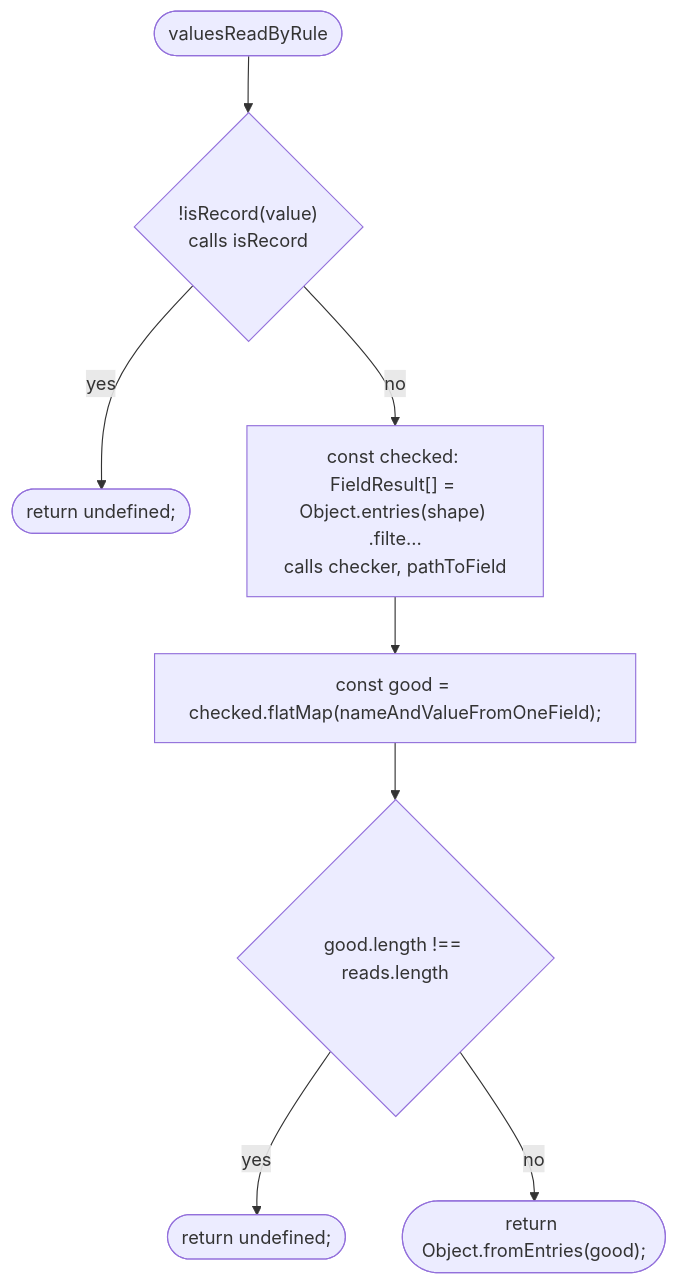
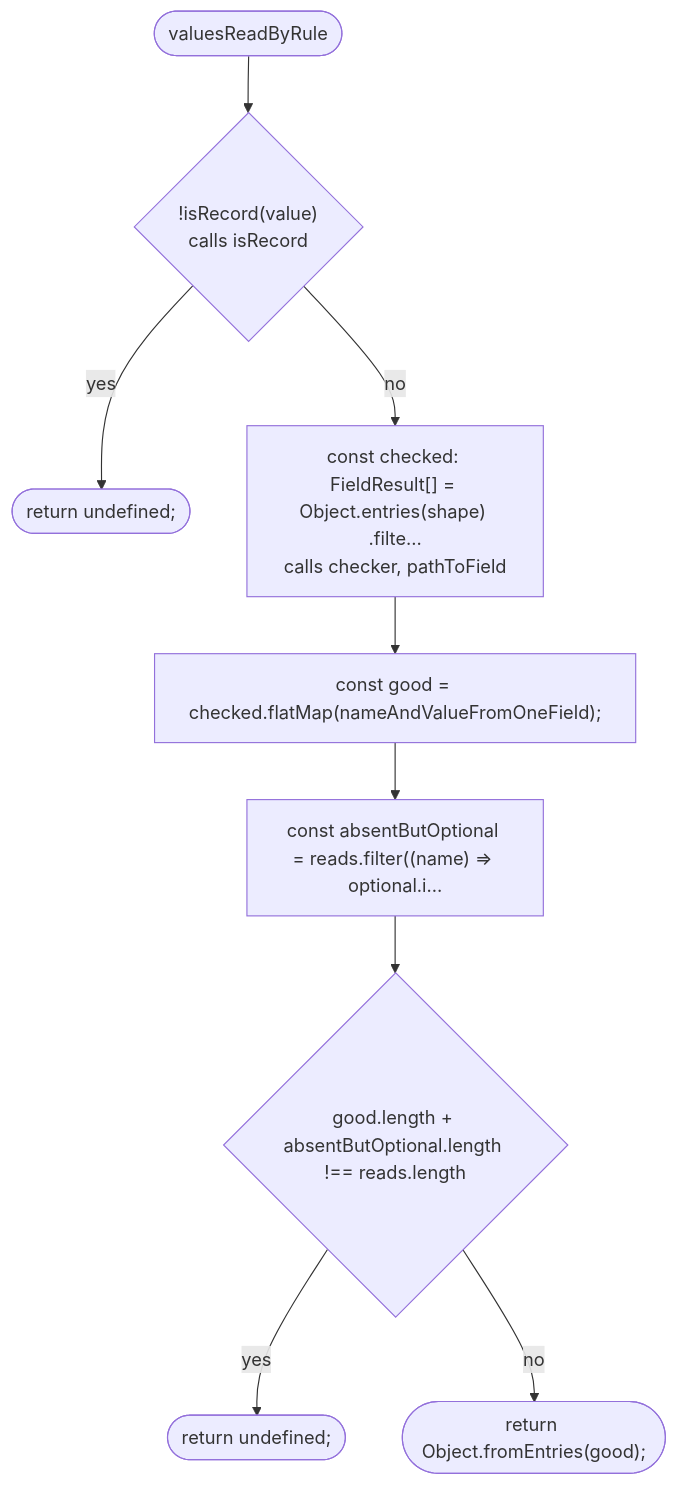
Diagram 43 of 48 in docs/flows/src/place/parse.md (NewDara-Star/world-engine), drawn with Mermaid before and after one commit. The commit also changed other lines of this file and 87 other files, not shown here.

````diff
--- a/docs/flows/src/place/parse.md
+++ b/docs/flows/src/place/parse.md
@@ -572,18 +660,20 @@
 ```mermaid
 flowchart TD
   n1(["valuesReadByRule"])
   n2{"!isRecord(value)<br/>calls isRecord"}
   n3(["return undefined;"])
   n4["const checked: FieldResult[] = Object.entries(shape) .filte…<br/>calls checker, pathToField"]
   n5["const good = checked.flatMap(nameAndValueFromOneField);"]
-  n6{"good.length !== reads.length"}
-  n7(["return undefined;"])
-  n8(["return Object.fromEntries(good);"])
+  n6["const absentButOptional = reads.filter((name) =#gt; optional.i…"]
+  n7{"good.length + absentButOptional.length !== reads.length"}
+  n8(["return undefined;"])
+  n9(["return Object.fromEntries(good);"])
   n1 --> n2
   n2 -->|"yes"| n3
   n2 -->|"no"| n4
   n4 --> n5
   n5 --> n6
-  n6 -->|"yes"| n7
-  n6 -->|"no"| n8
+  n6 --> n7
+  n7 -->|"yes"| n8
+  n7 -->|"no"| n9
 ```
````
